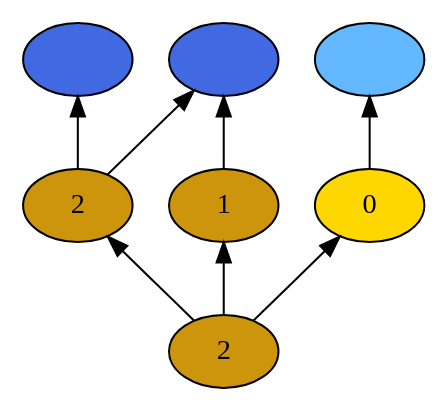
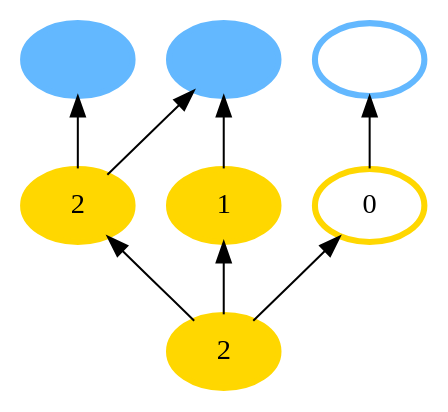
One commit to probcomp/Venturecxx changed the diagram in backend/cxx/pdf_graphs/tutorial_1/dot22.dot. Above: the diagram before and after it, drawn with Graphviz. The commit also changed 54 other files, not shown here.

```diff
--- a/backend/cxx/pdf_graphs/tutorial_1/dot22.dot
+++ b/backend/cxx/pdf_graphs/tutorial_1/dot22.dot
@@ -1,18 +1,18 @@
 digraph {
 rankdir=BT
 fontsize=24
-1["shape" ="ellipse" "style" ="filled" "fillcolor" ="darkgoldenrod3" "label" ="2" ]
-2["shape" ="ellipse" "style" ="filled" "fillcolor" ="darkgoldenrod3" "label" ="2" ]
-3["shape" ="ellipse" "style" ="filled" "fillcolor" ="darkgoldenrod3" "label" ="1" ]
-4["shape" ="ellipse" "style" ="filled" "fillcolor" ="gold" "label" ="0" ]
-5["shape" ="ellipse" "style" ="filled" "fillcolor" ="royalblue" "label" ="" ]
-6["shape" ="ellipse" "style" ="filled" "fillcolor" ="royalblue" "label" ="" ]
-7["shape" ="ellipse" "style" ="filled" "fillcolor" ="steelblue1" "label" ="" ]
+1["style" ="filled" "color" ="gold" "label" ="2" "shape" ="ellipse" "fillcolor" ="gold" "penwidth" ="3" ]
+2["style" ="filled" "color" ="gold" "label" ="2" "shape" ="ellipse" "fillcolor" ="gold" "penwidth" ="3" ]
+3["style" ="filled" "color" ="gold" "label" ="1" "shape" ="ellipse" "fillcolor" ="gold" "penwidth" ="3" ]
+4["style" ="filled" "color" ="gold" "label" ="0" "shape" ="ellipse" "fillcolor" ="white" "penwidth" ="3" ]
+5["style" ="filled" "color" ="steelblue1" "label" ="" "shape" ="ellipse" "fillcolor" ="steelblue1" "penwidth" ="3" ]
+6["style" ="filled" "color" ="steelblue1" "label" ="" "shape" ="ellipse" "fillcolor" ="steelblue1" "penwidth" ="3" ]
+7["style" ="filled" "color" ="steelblue1" "label" ="" "shape" ="ellipse" "fillcolor" ="white" "penwidth" ="3" ]
 1 -> 2["color" ="black" "style" ="solid" "arrowhead" ="normal" ]
 1 -> 3["color" ="black" "style" ="solid" "arrowhead" ="normal" ]
 1 -> 4["color" ="black" "style" ="solid" "arrowhead" ="normal" ]
 2 -> 5["color" ="black" "style" ="solid" "arrowhead" ="normal" ]
 2 -> 6["color" ="black" "style" ="solid" "arrowhead" ="normal" ]
 3 -> 6["color" ="black" "style" ="solid" "arrowhead" ="normal" ]
 4 -> 7["color" ="black" "style" ="solid" "arrowhead" ="normal" ]
 }
```
